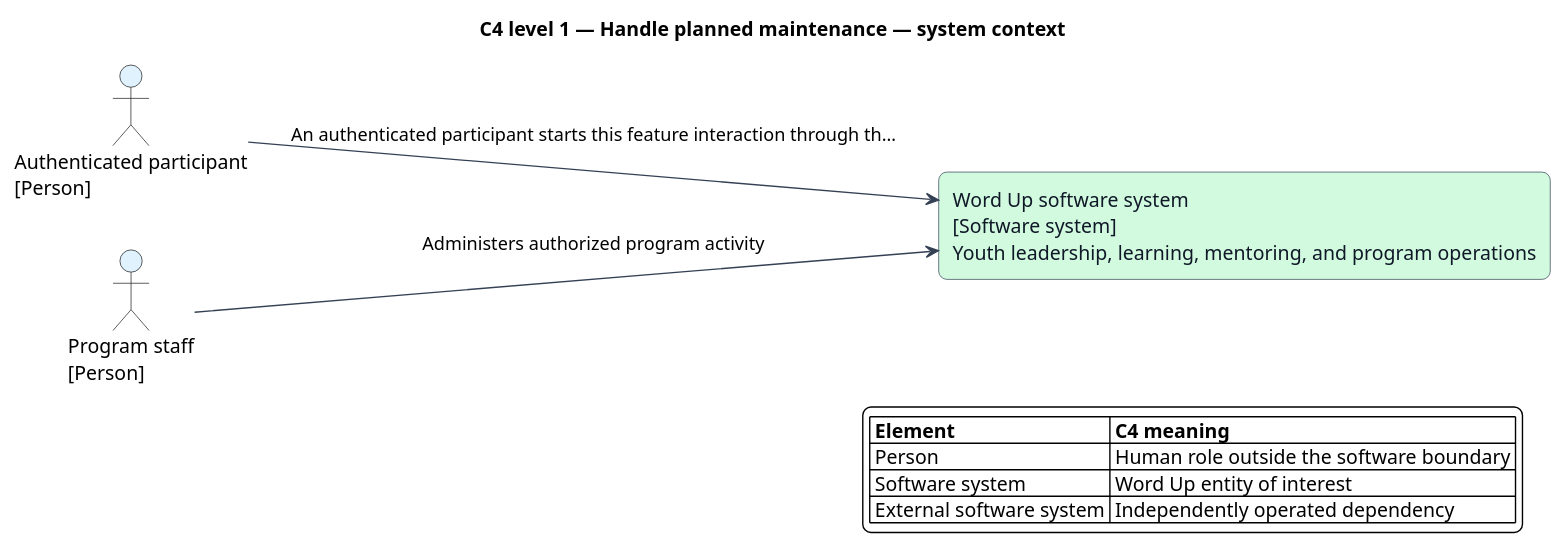
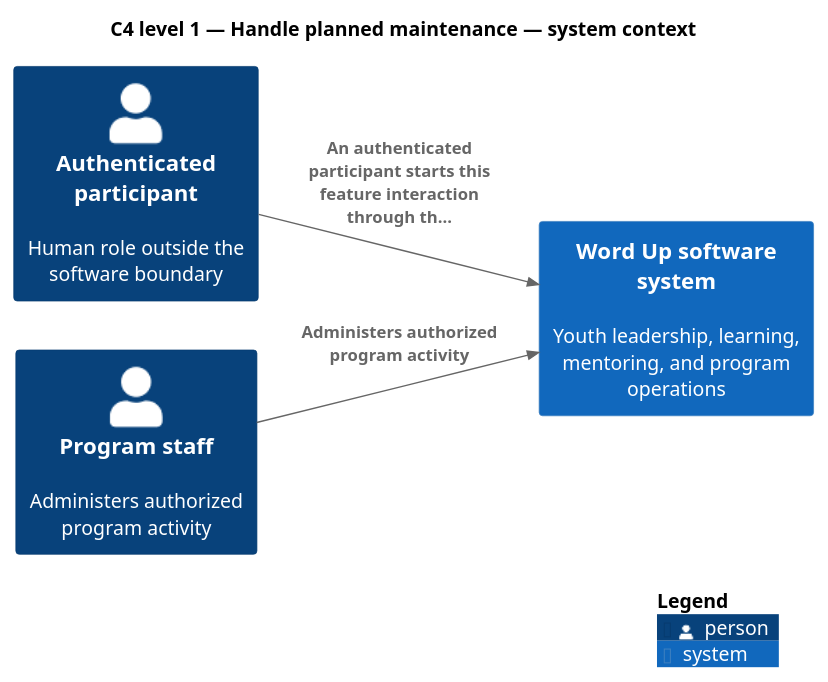
The diagram in docs/detailed-designs/platform-services/handle-planned-maintenance/diagrams/c4-system-context.puml (QuinntyneBrown/waypoint), drawn with PlantUML before and after one commit. The commit also changed 1294 other files, not shown here.

```diff
--- a/docs/detailed-designs/platform-services/handle-planned-maintenance/diagrams/c4-system-context.puml
+++ b/docs/detailed-designs/platform-services/handle-planned-maintenance/diagrams/c4-system-context.puml
@@ -1,31 +1,13 @@
 @startuml
-left to right direction
+!include <C4/C4_Component>
+LAYOUT_LEFT_RIGHT()
 title C4 level 1 — Handle planned maintenance — system context
-skinparam backgroundColor #FFFFFF
-skinparam shadowing false
-skinparam roundcorner 12
-skinparam defaultFontName Arial
-skinparam ArrowColor #344054
-skinparam rectangle {
-  BorderColor #344054
-  FontColor #101828
-}
-skinparam package {
-  BorderColor #667085
-  FontColor #101828
-  BackgroundColor #F9FAFB
-}
-actor "Authenticated participant\n[Person]" as primary #E0F2FE
-actor "Program staff\n[Person]" as staff #E0F2FE
-rectangle "Word Up software system\n[Software system]\nYouth leadership, learning, mentoring, and program operations" as wordup #D1FADF
+Person(primary, "Authenticated participant", "Human role outside the software boundary")
+Person(staff, "Program staff", "Administers authorized program activity")
+System(wordup, "Word Up software system", "Youth leadership, learning, mentoring, and program operations")
 
-primary --> wordup : An authenticated participant starts this feature interaction through th…
-staff --> wordup : Administers authorized program activity
+Rel(primary, wordup, "An authenticated participant starts this feature interaction through th…")
+Rel(staff, wordup, "Administers authorized program activity")
 
-legend right
-  |= Element |= C4 meaning |
-  | Person | Human role outside the software boundary |
-  | Software system | Word Up entity of interest |
-  | External software system | Independently operated dependency |
-endlegend
+SHOW_LEGEND()
 @enduml
```
